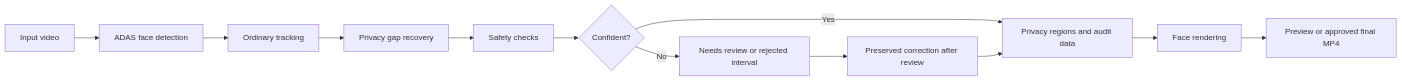
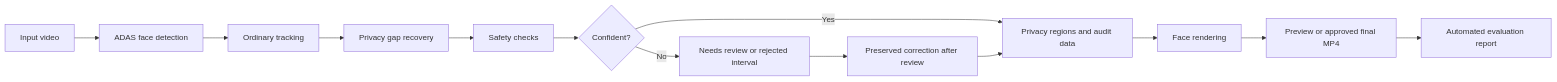
One commit to anastasia-krnjaic/video-redaction-pipeline changed the diagram in docs/SYSTEM_OVERVIEW.md. Above: the diagram before and after it, drawn with Mermaid. The commit also changed other lines of this file and 14 other files, not shown here.

Commit message:
Add automated Face Pipeline v1 evaluation

````diff
--- a/docs/SYSTEM_OVERVIEW.md
+++ b/docs/SYSTEM_OVERVIEW.md
@@ -48,14 +68,15 @@
 ```mermaid
 flowchart LR
   A["Input video"] --> B["ADAS face detection"]
   B --> C["Ordinary tracking"]
   C --> D["Privacy gap recovery"]
   D --> E["Safety checks"]
   E --> F{"Confident?"}
   F -->|Yes| G["Privacy regions and audit data"]
   F -->|No| H["Needs review or rejected interval"]
   H --> I["Preserved correction after review"]
   I --> G
   G --> J["Face rendering"]
   J --> K["Preview or approved final MP4"]
+  K --> L["Automated evaluation report"]
 ```
````
